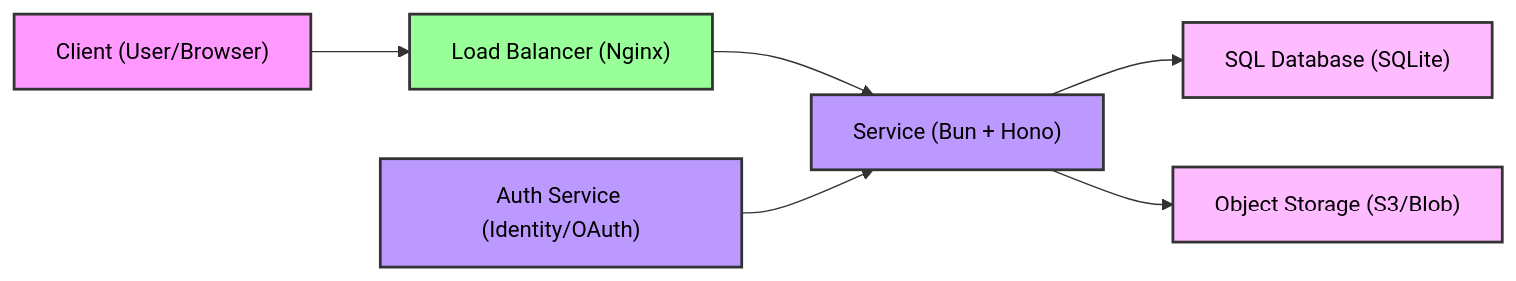
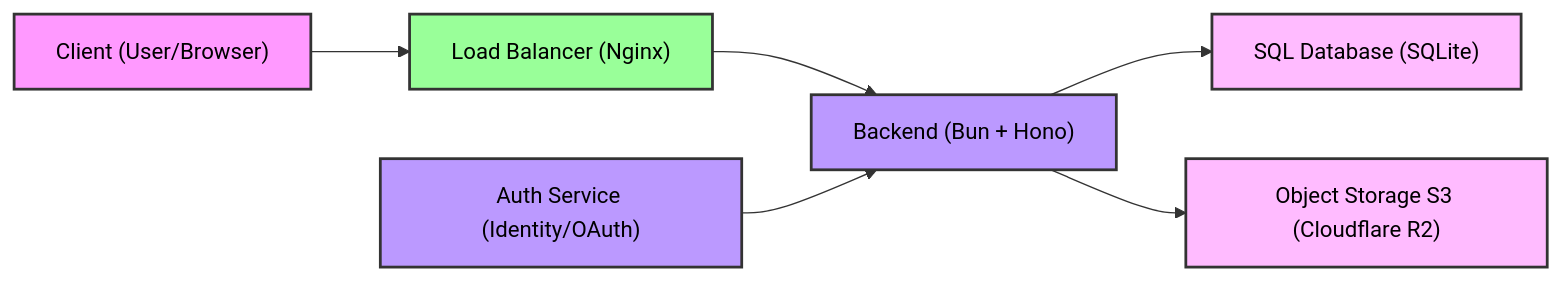
The diagram in README.md (octavio-polari/file-vault-api), drawn with Mermaid before and after one commit. The commit also changed other lines of this file, not shown here.

````diff
--- a/README.md
+++ b/README.md
@@ -16,18 +110,18 @@
 ```mermaid
 graph LR
     Client["Client (User/Browser)"] --> Nginx["Load Balancer (Nginx)"]
-    Nginx --> Service["Service (Bun + Hono)"]
-    Auth["Auth Service (Identity/OAuth)"] --> Service
-    Service --> SQL["SQL Database (SQLite)"]
-    Service --> Storage["Object Storage (S3/Blob)"]
+    Nginx --> Backend["Backend (Bun + Hono)"]
+    Auth["Auth Service (Identity/OAuth)"] --> Backend
+    Backend --> SQL["SQL Database (SQLite)"]
+    Backend --> Storage["Object Storage S3 (Cloudflare R2)"]
 
     classDef client fill:#f9f,stroke:#333,stroke-width:2px,color:#000;
     classDef proxy fill:#9f9,stroke:#333,stroke-width:2px,color:#000;
     classDef api fill:#b9f,stroke:#333,stroke-width:2px,color:#000;
     classDef data fill:#fbf,stroke:#333,stroke-width:2px,color:#000;
 
     class Client client;
     class Nginx proxy;
-    class Service,Auth api;
+    class Backend,Auth api;
     class SQL,Storage data;
 ```
````
